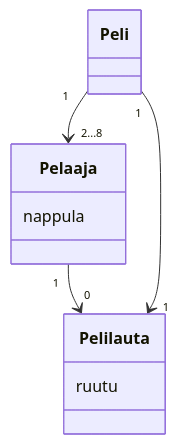
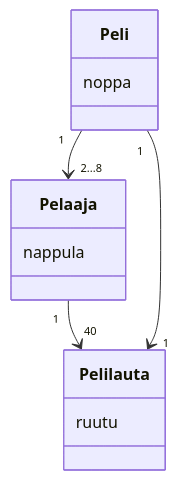
One commit to Aaltonenn/ot-harjoitustyo changed the diagram in laskarit/viikko3/monopoli1.md. Above: the diagram before and after it, drawn with Mermaid.

````diff
--- a/laskarit/viikko3/monopoli1.md
+++ b/laskarit/viikko3/monopoli1.md
@@ -3,15 +3,16 @@
 ```mermaid
  classDiagram
-      Pelaaja "1" --> "0" Pelilauta
+      Pelaaja "1" --> "40" Pelilauta
       Peli "1" --> "2...8" Pelaaja
       Peli "1" --> "1" Pelilauta
 
       class Pelaaja{
           nappula
       }
       class Pelilauta{
           ruutu
       }
       class Peli{
+          noppa
       }
 ```
````
